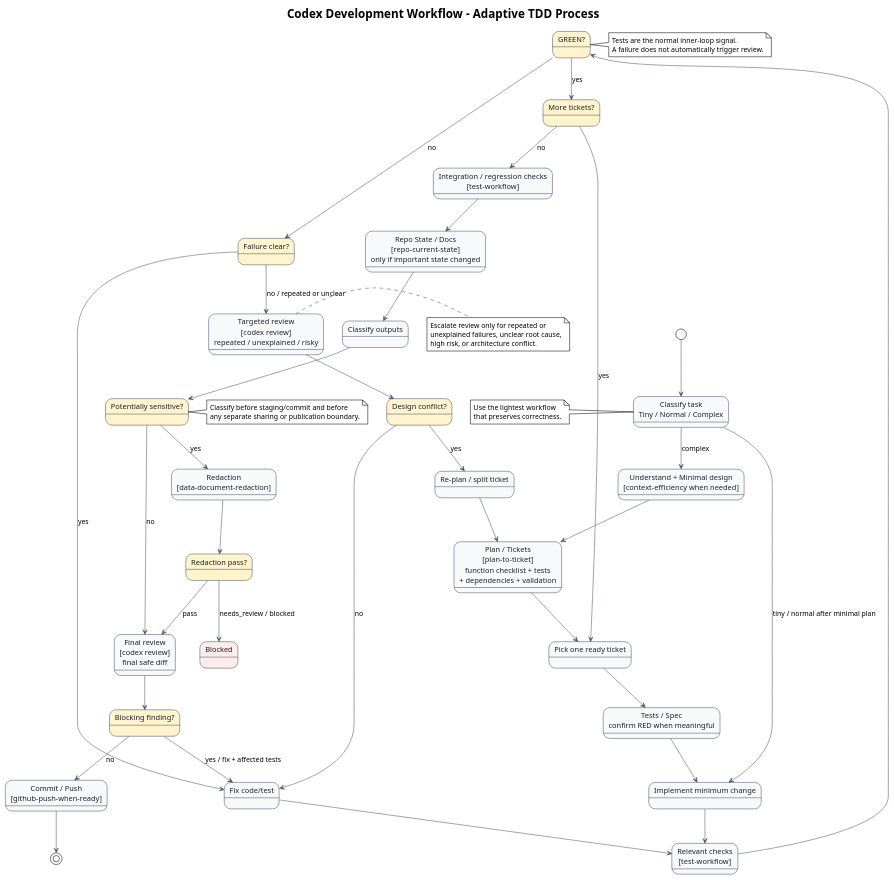
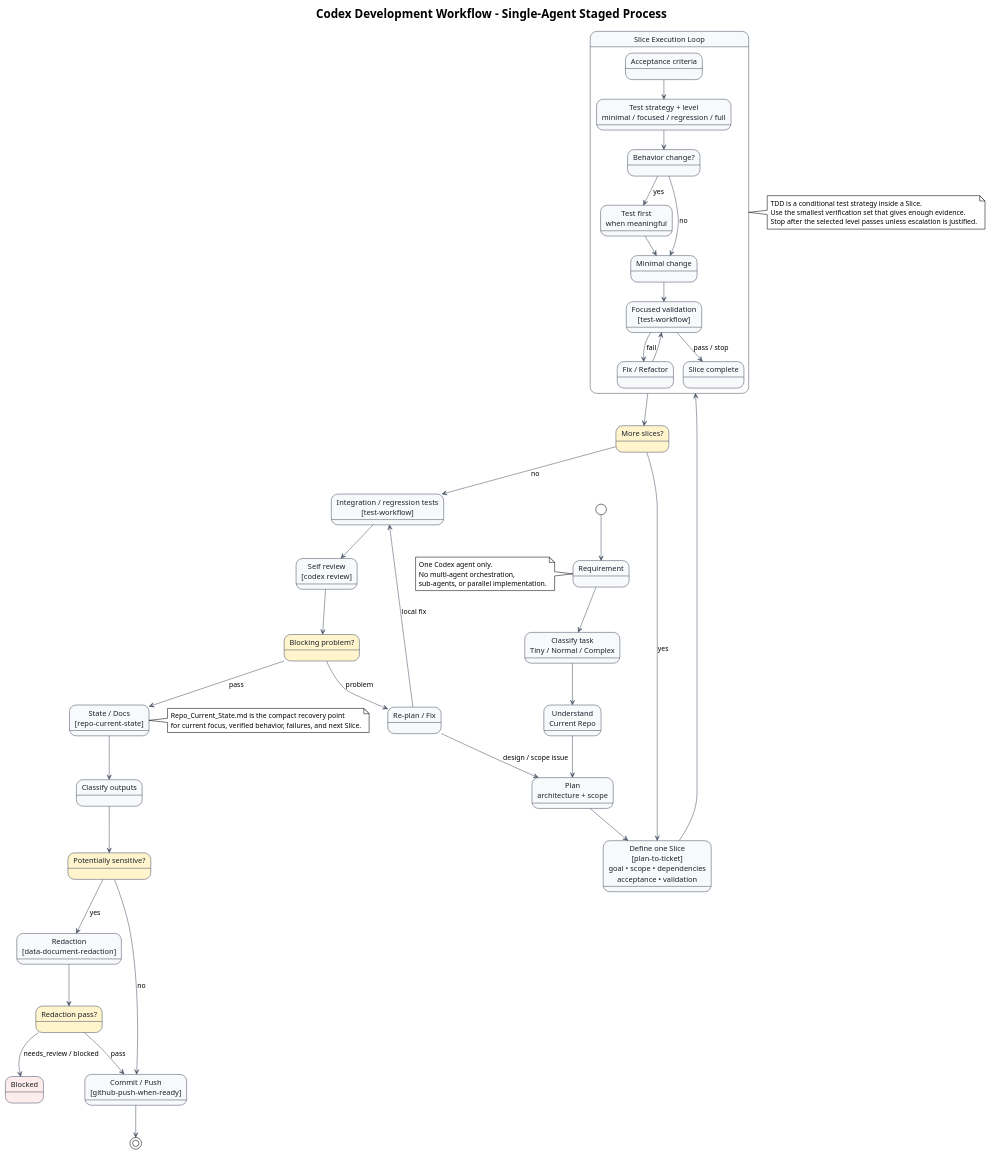
The diagram in docs/diagrams/architecture.puml (i-zrhe2016/codex-development-workflow), drawn with PlantUML before and after one commit. The commit also changed 37 other files, not shown here.

```diff
--- a/docs/diagrams/architecture.puml
+++ b/docs/diagrams/architecture.puml
@@ -1,94 +1,96 @@
 @startuml
 !theme plain
 top to bottom direction
 skinparam backgroundColor #FFFFFF
 skinparam defaultFontName Arial
 skinparam ArrowColor #4A5568
 skinparam state {
   BackgroundColor #F8F9FA
   BorderColor #4A5568
   FontColor #1A202C
 }
 
-title Codex Development Workflow - Adaptive TDD Process
+title Codex Development Workflow - Single-Agent Staged Process
 
-state "Classify task\nTiny / Normal / Complex" as classify_task
-state "Understand + Minimal design\n[context-efficiency when needed]" as context
-state "Plan / Tickets\n[plan-to-ticket]\nfunction checklist + tests\n+ dependencies + validation" as plan
-state "Pick one ready ticket" as ticket
-state "Tests / Spec\nconfirm RED when meaningful" as red
-state "Implement minimum change" as implement
-state "Relevant checks\n[test-workflow]" as tests
-state "GREEN?" as green_gate #FFF4CC
-state "Failure clear?" as failure_gate #FFF4CC
-state "Fix code/test" as fix
-state "Targeted review\n[codex review]\nrepeated / unexplained / risky" as targeted_review
-state "Design conflict?" as design_gate #FFF4CC
-state "Re-plan / split ticket" as replan
-state "More tickets?" as more_gate #FFF4CC
-state "Integration / regression checks\n[test-workflow]" as integration
-state "Repo State / Docs\n[repo-current-state]\nonly if important state changed" as repo_state
+state "Requirement" as requirement
+state "Classify task\nTiny / Normal / Complex" as classify
+state "Understand\nCurrent Repo" as context
+state "Plan\narchitecture + scope" as plan
+state "Define one Slice\n[plan-to-ticket]\ngoal • scope • dependencies\nacceptance • validation" as slice
+
+state "Slice Execution Loop" as execute {
+  state "Acceptance criteria" as acceptance
+  state "Test strategy + level\nminimal / focused / regression / full" as strategy
+  state "Behavior change?" as behavior
+  state "Test first\nwhen meaningful" as test_first
+  state "Minimal change" as implement
+  state "Focused validation\n[test-workflow]" as tests
+  state "Fix / Refactor" as fix
+  state "Slice complete" as complete
+
+  acceptance --> strategy
+  strategy --> behavior
+  behavior --> test_first : yes
+  behavior --> implement : no
+  test_first --> implement
+  implement --> tests
+  tests --> complete : pass / stop
+  tests --> fix : fail
+  fix --> tests
+}
+
+state "More slices?" as more #FFF4CC
+state "Integration / regression tests\n[test-workflow]" as integration
+state "Self review\n[codex review]" as review
+state "Blocking problem?" as blocking #FFF4CC
+state "Re-plan / Fix" as replan
+state "State / Docs\n[repo-current-state]" as state_docs
 state "Classify outputs" as classify_outputs
-state "Potentially sensitive?" as sensitive_gate #FFF4CC
+state "Potentially sensitive?" as sensitive #FFF4CC
 state "Redaction\n[data-document-redaction]" as redaction
 state "Redaction pass?" as redaction_gate #FFF4CC
-state "Final review\n[codex review]\nfinal safe diff" as final_review
-state "Blocking finding?" as final_gate #FFF4CC
 state "Commit / Push\n[github-push-when-ready]" as publish
 state "Blocked" as blocked #FDECEC
 
-[*] --> classify_task
-classify_task --> implement : tiny / normal after minimal plan
-classify_task --> context : complex
+[*] --> requirement
+requirement --> classify
+classify --> context
 context --> plan
-plan --> ticket
-ticket --> red
-red --> implement
-implement --> tests
-tests --> green_gate
-green_gate --> more_gate : yes
-green_gate --> failure_gate : no
-failure_gate --> fix : yes
-fix --> tests
-failure_gate --> targeted_review : no / repeated or unclear
-targeted_review --> design_gate
-design_gate --> replan : yes
-design_gate --> fix : no
-replan --> plan
-more_gate --> ticket : yes
-more_gate --> integration : no
-integration --> repo_state
-repo_state --> classify_outputs
-classify_outputs --> sensitive_gate
-sensitive_gate --> redaction : yes
-sensitive_gate --> final_review : no
+plan --> slice
+slice --> execute
+execute --> more
+more --> slice : yes
+more --> integration : no
+integration --> review
+review --> blocking
+blocking --> replan : problem
+blocking --> state_docs : pass
+replan --> plan : design / scope issue
+replan --> integration : local fix
+state_docs --> classify_outputs
+classify_outputs --> sensitive
+sensitive --> redaction : yes
+sensitive --> publish : no
 redaction --> redaction_gate
-redaction_gate --> final_review : pass
+redaction_gate --> publish : pass
 redaction_gate --> blocked : needs_review / blocked
-final_review --> final_gate
-final_gate --> publish : no
-final_gate --> fix : yes / fix + affected tests
 publish --> [*]
 
-note right of green_gate
-Tests are the normal inner-loop signal.
-A failure does not automatically trigger review.
+note right of execute
+TDD is a conditional test strategy inside a Slice.
+Use the smallest verification set that gives enough evidence.
+Stop after the selected level passes unless escalation is justified.
 end note
 
-note right of targeted_review
-Escalate review only for repeated or
-unexplained failures, unclear root cause,
-high risk, or architecture conflict.
+note right of state_docs
+Repo_Current_State.md is the compact recovery point
+for current focus, verified behavior, failures, and next Slice.
 end note
 
-note right of sensitive_gate
-Classify before staging/commit and before
-any separate sharing or publication boundary.
-end note
-
-note left of classify_task
-Use the lightest workflow
-that preserves correctness.
+note left of requirement
+One Codex agent only.
+No multi-agent orchestration,
+sub-agents, or parallel implementation.
 end note
 
 @enduml
```
